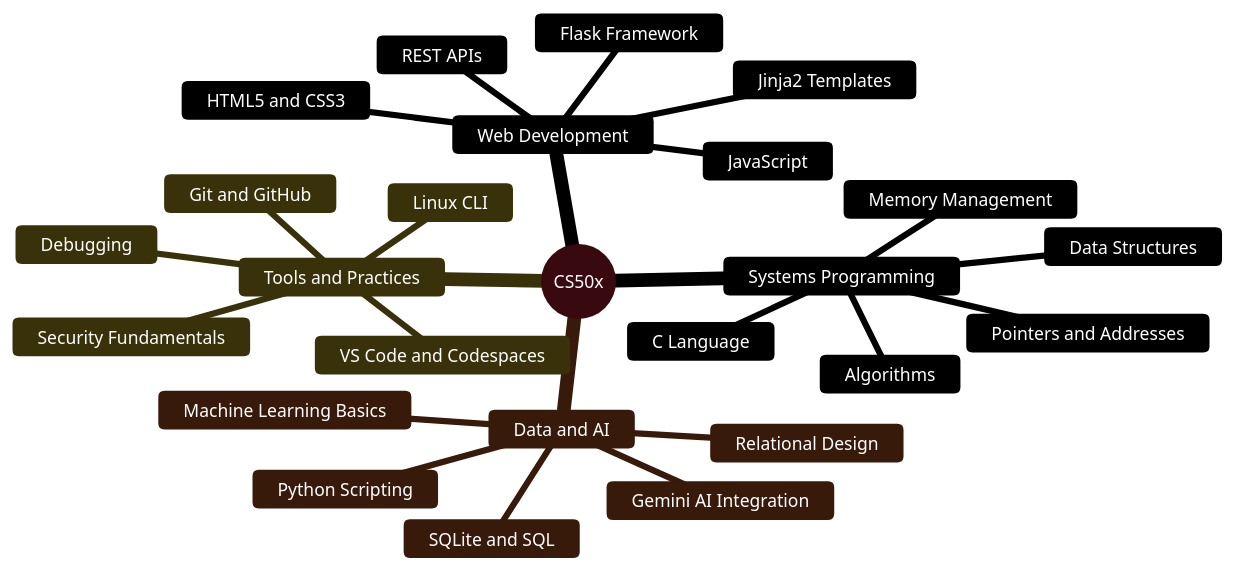
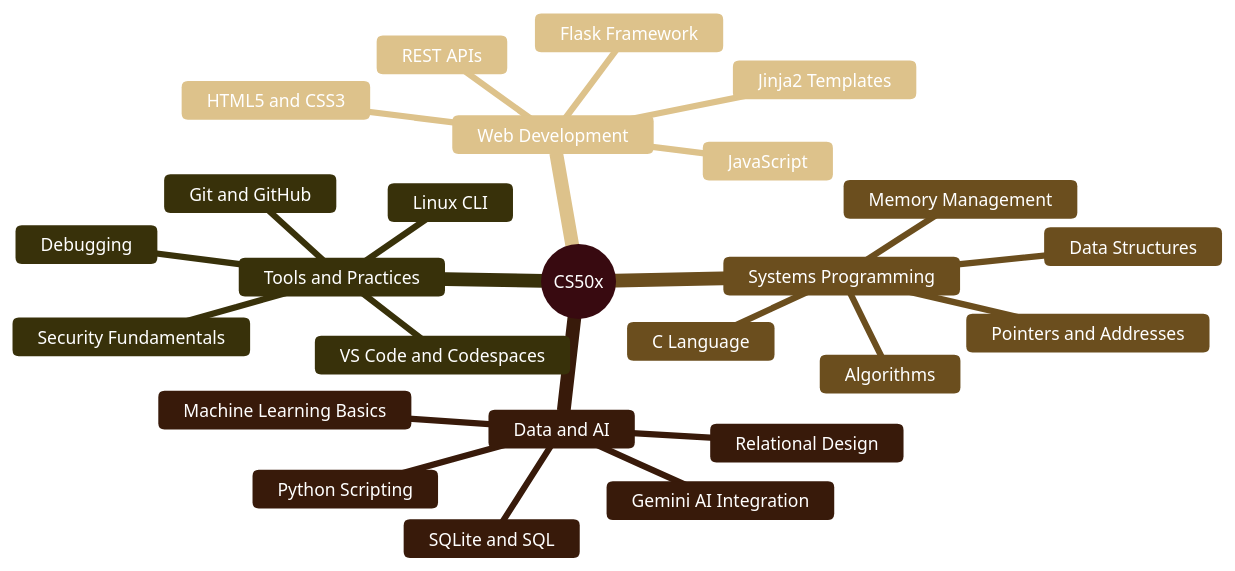
The third of 3 diagrams in README.md (bavish007/cs50x), drawn with Mermaid before and after one commit. The commit also changed other lines of this file, not shown here.

````diff
--- a/README.md
+++ b/README.md
@@ -237,39 +259,39 @@
 ```mermaid
 %%{init: {'theme': 'base', 'themeVariables': {
   'primaryColor': '#A51C30',
   'primaryTextColor': '#ffffff',
-  'primaryBorderColor': '#8B0000',
-  'secondaryColor': '#2d1b1b',
-  'secondaryTextColor': '#f5c6c6',
-  'tertiaryColor': '#1a0a0a',
-  'tertiaryTextColor': '#e8b4a0',
-  'lineColor': '#A51C30',
+  'primaryBorderColor': '#7A0018',
+  'secondaryColor': '#C9963F',
+  'secondaryTextColor': '#1A0A00',
+  'tertiaryColor': '#FAF6EE',
+  'tertiaryTextColor': '#3D1A00',
+  'lineColor': '#C9963F',
   'fontSize': '14px'
 }}}%%
 mindmap
   root((CS50x))
     Systems Programming
       C Language
       Memory Management
       Pointers and Addresses
       Data Structures
       Algorithms
     Web Development
       HTML5 and CSS3
       JavaScript
       Flask Framework
       Jinja2 Templates
       REST APIs
     Data and AI
       SQLite and SQL
       Relational Design
       Python Scripting
       Gemini AI Integration
       Machine Learning Basics
     Tools and Practices
       Git and GitHub
       Linux CLI
       VS Code and Codespaces
       Debugging
       Security Fundamentals
 ```
````
